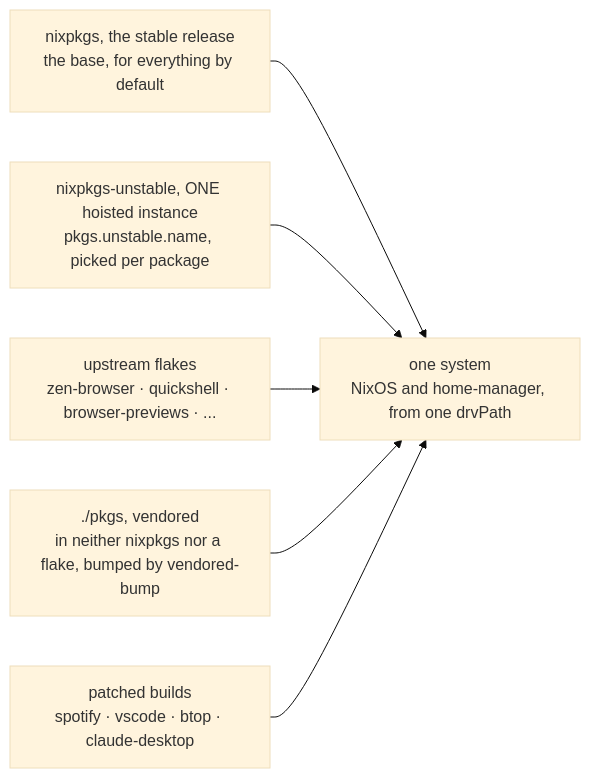
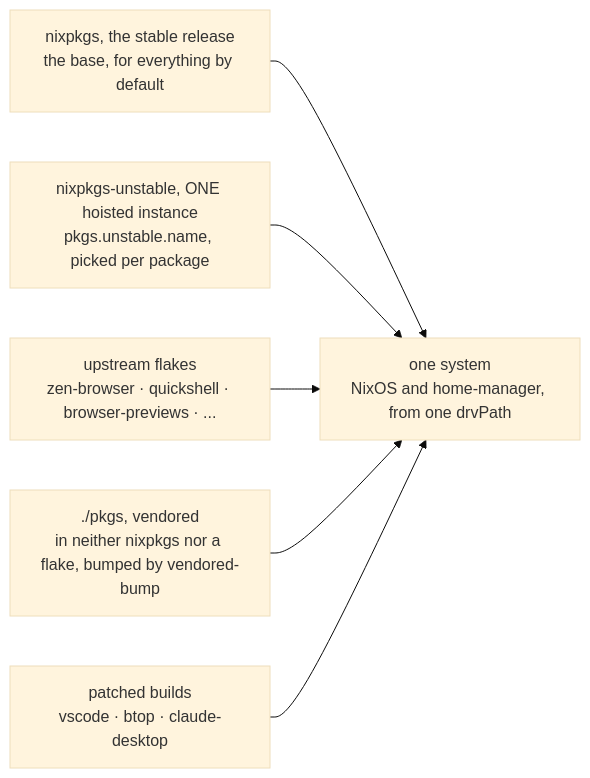
The first of 3 diagrams in docs/notes/repo/flake.md (v1cferr/dotfiles), drawn with Mermaid (base theme) before and after one commit. The commit also changed other lines of this file and 25 other files, not shown here.

````diff
--- a/docs/notes/repo/flake.md
+++ b/docs/notes/repo/flake.md
@@ -30,18 +30,18 @@
 ```mermaid
 flowchart LR
     accTitle: Where a package comes from
     accDescr: The stable nixpkgs release is the base for everything; one hoisted unstable instance is picked per package; upstream flakes, the vendored packages of ./pkgs and the patched builds cover what neither channel does. All of it lands in one system that includes home-manager.
 
     S["nixpkgs, the stable release<br>the base, for everything by default"]
     U["nixpkgs-unstable, ONE hoisted instance<br>pkgs.unstable.name, picked per package"]
     F["upstream flakes<br>zen-browser · quickshell · browser-previews · ..."]
     V["./pkgs, vendored<br>in neither nixpkgs nor a flake, bumped by vendored-bump"]
-    P["patched builds<br>spotify · vscode · btop · claude-desktop"]
+    P["patched builds<br>vscode · btop · claude-desktop"]
     SYS["one system<br>NixOS and home-manager, from one drvPath"]
 
     S --> SYS
     U --> SYS
     F --> SYS
     V --> SYS
     P --> SYS
 ```
````
